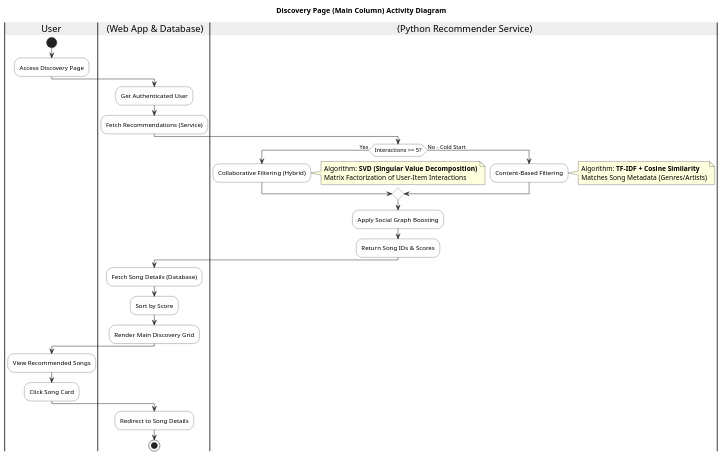
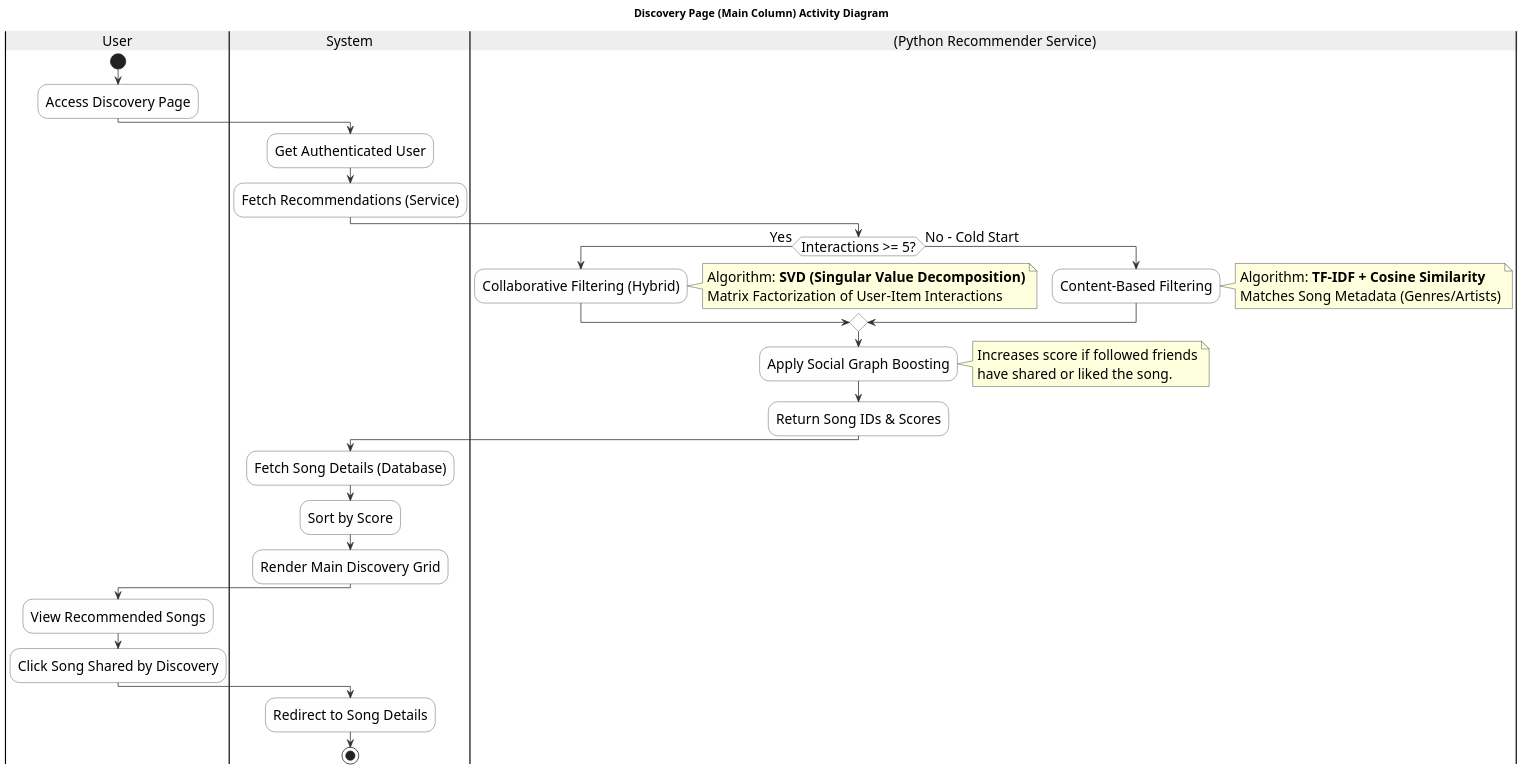
Before and after one commit to HeinreichMorphine/musicsocial: the diagram in activity_diagram_discovery.plantuml, drawn with PlantUML. The commit also changed 123 other files, not shown here.

```diff
--- a/activity_diagram_discovery.plantuml
+++ b/activity_diagram_discovery.plantuml
@@ -1,50 +1,55 @@
 @startuml
 title Discovery Page (Main Column) Activity Diagram
 skinparam swimlaneBorderColor black
 skinparam swimlaneTitleBackgroundColor #EEE
 skinparam activityBackgroundColor #FEFEFE
 skinparam activityArrowColor #333
 skinparam activityBorderColor #333
 skinparam nodesep 50
 skinparam ranksep 50
-
+scale 1.5
+skinparam defaultFontSize 18
 |User|
-|System| (Web App & Database)
+|System| 
 |External_API| (Python Recommender Service)
 
 |User|
 start
 :Access Discovery Page;
 |System|
 :Get Authenticated User;
 :Fetch Recommendations (Service);
 
 |External_API|
 if (Interactions >= 5?) then (Yes)
     :Collaborative Filtering (Hybrid);
     note right
         Algorithm: **SVD (Singular Value Decomposition)**
         Matrix Factorization of User-Item Interactions
     end note
 else (No - Cold Start)
     :Content-Based Filtering;
     note right
         Algorithm: **TF-IDF + Cosine Similarity**
         Matches Song Metadata (Genres/Artists)
     end note
 endif
 :Apply Social Graph Boosting;
+note right
+    Increases score if followed friends
+    have shared or liked the song.
+end note
 :Return Song IDs & Scores;
 
 |System|
 :Fetch Song Details (Database);
 :Sort by Score;
 :Render Main Discovery Grid;
 
 |User|
 :View Recommended Songs;
-:Click Song Card;
+:Click Song Shared by Discovery;
 |System|
 :Redirect to Song Details;
 stop
 @enduml
```
